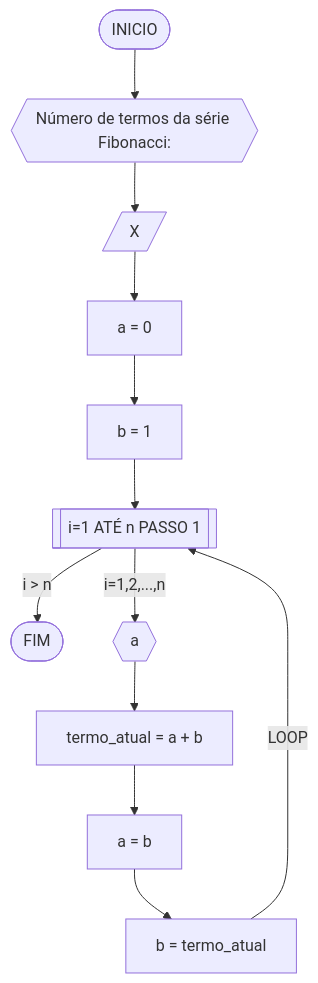
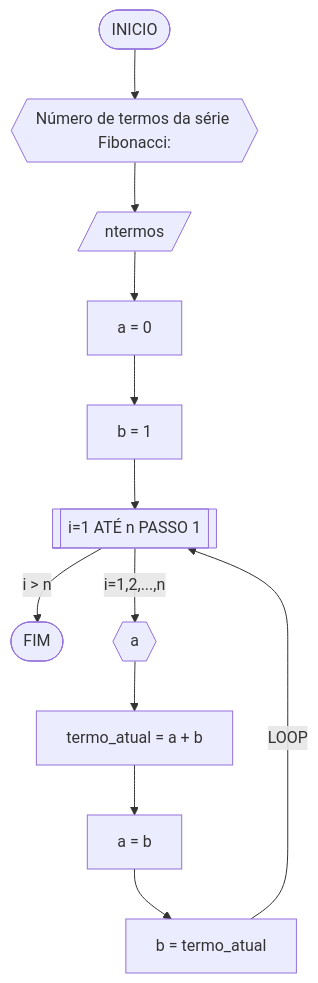
One commit to yeesusu/UNIFOR changed the seventh of 8 diagrams in RLA/Unid1/RLA3/AD1.md. Above: the diagram before and after it, drawn with Mermaid. The commit also changed other lines of this file, not shown here.

````diff
--- a/RLA/Unid1/RLA3/AD1.md
+++ b/RLA/Unid1/RLA3/AD1.md
@@ -414,14 +414,14 @@
 ```mermaid
 flowchart TD
 A([INICIO]) --> B{{"Número de termos da série Fibonacci:"}}
-B-->C[/X/]
+B-->C[/ntermos/]
 C --> D[a = 0]
 D --> E[b = 1]
 E --> F[[i=1 ATÉ n PASSO 1]]
 F --"i > n"--> J([FIM])
 F --"i=1,2,...,n"--> G{{a}}
 G --> H[termo_atual = a + b]
 H --> I[a = b]
 I --> K[b = termo_atual]
 K --LOOP--> F 
 ```
````
